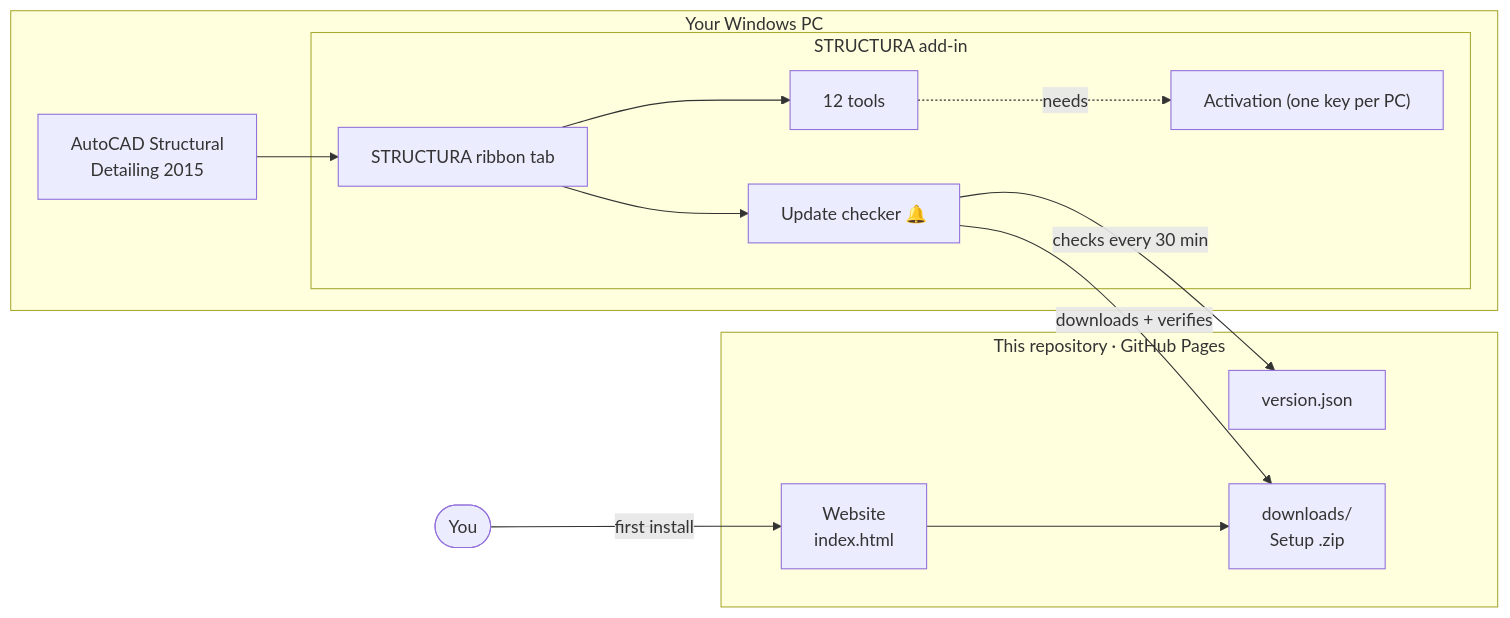
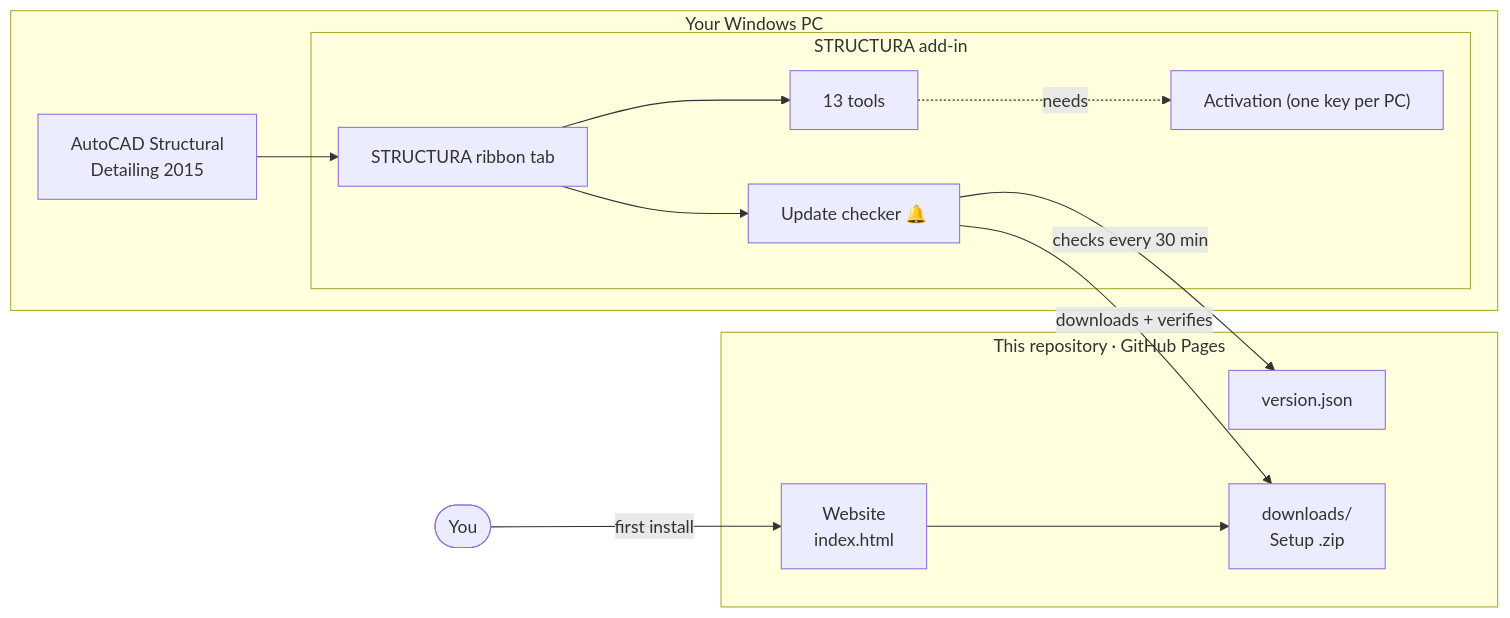
The first of 2 diagrams in README.md (baraa2x-hub/STRUCTURA-ASD), drawn with Mermaid before and after one commit. The commit also changed other lines of this file and 5 other files, not shown here.

````diff
--- a/README.md
+++ b/README.md
@@ -53,23 +54,23 @@
 ```mermaid
 flowchart LR
     subgraph PC["Your Windows PC"]
         ASD["AutoCAD Structural<br/>Detailing 2015"]
         subgraph ADDIN["STRUCTURA add-in"]
             TAB["STRUCTURA ribbon tab"]
-            TOOLS["12 tools"]
+            TOOLS["13 tools"]
             UPD["Update checker 🔔"]
             LIC["Activation (one key per PC)"]
         end
         ASD --> TAB --> TOOLS
         TAB --> UPD
         TOOLS -. needs .-> LIC
     end
     subgraph WEB["This repository · GitHub Pages"]
         SITE["Website<br/>index.html"]
         VER["version.json"]
         ZIP["downloads/<br/>Setup .zip"]
     end
     UPD -- "checks every 30 min" --> VER
     UPD -- "downloads + verifies" --> ZIP
     USER(["You"]) -- "first install" --> SITE --> ZIP
 ```
````
